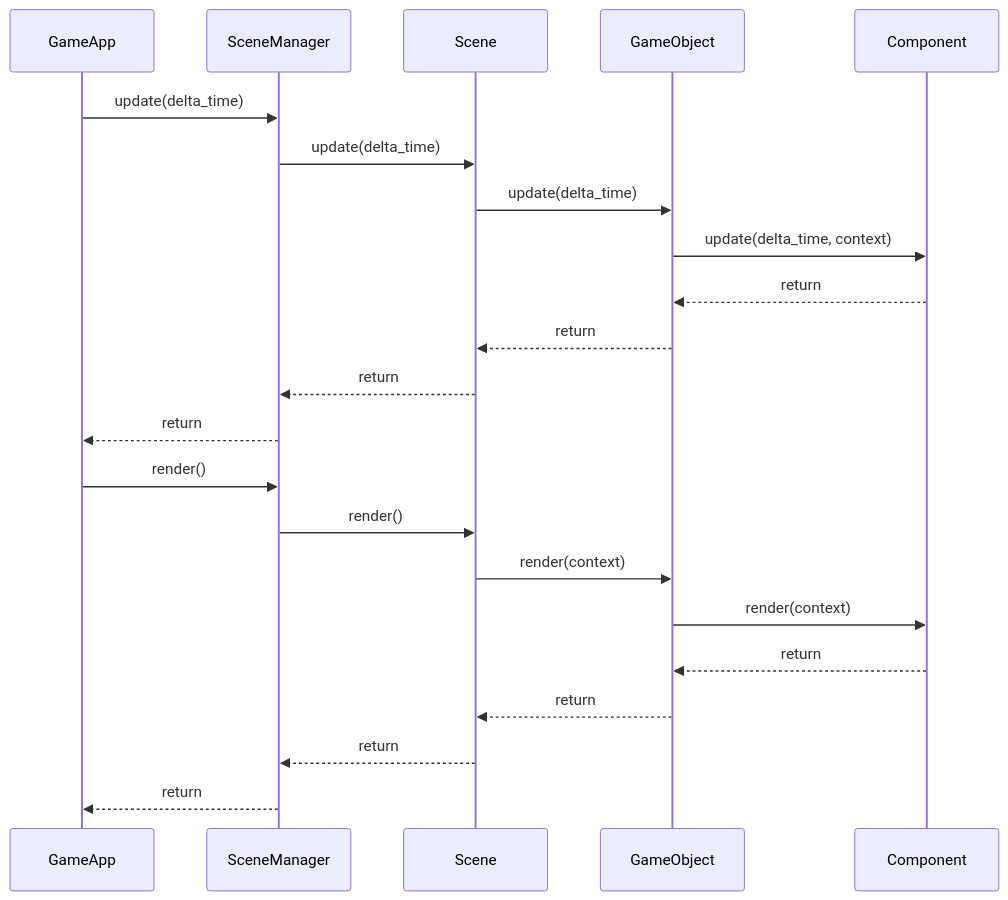
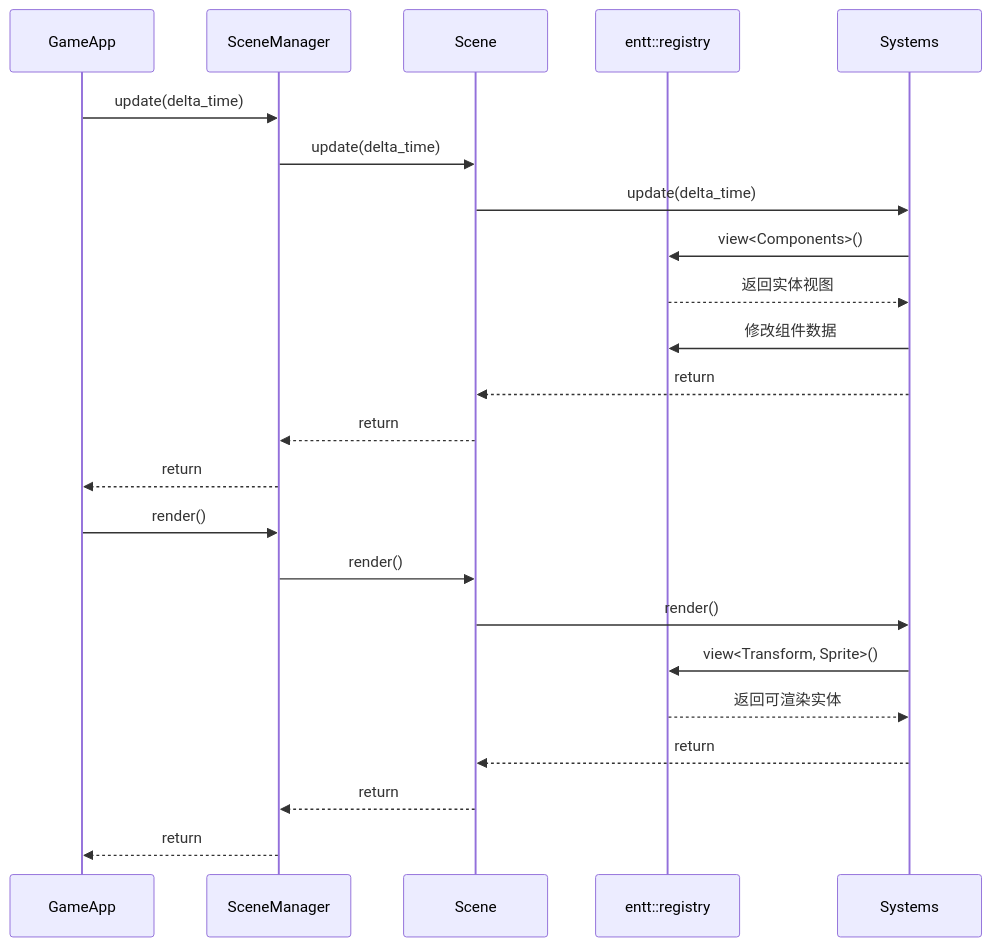
Before and after one commit to hezhangtdzs/MonsterWar: the second of 2 diagrams in doc/README.md, drawn with Mermaid. The commit also changed other lines of this file and 98 other files, not shown here.

````diff
--- a/doc/README.md
+++ b/doc/README.md
@@ -177,26 +249,27 @@
 ```mermaid
 sequenceDiagram
     participant Main as GameApp
     participant SM as SceneManager
     participant Scene as Scene
-    participant GO as GameObject
-    participant Comp as Component
+    participant Registry as entt::registry
+    participant System as Systems
 
     Main->>SM: update(delta_time)
     SM->>Scene: update(delta_time)
-    Scene->>GO: update(delta_time)
-    GO->>Comp: update(delta_time, context)
-    Comp-->>GO: return
-    GO-->>Scene: return
+    Scene->>System: update(delta_time)
+    System->>Registry: view<Components>()
+    Registry-->>System: 返回实体视图
+    System->>Registry: 修改组件数据
+    System-->>Scene: return
     Scene-->>SM: return
     SM-->>Main: return
 
     Main->>SM: render()
     SM->>Scene: render()
-    Scene->>GO: render(context)
-    GO->>Comp: render(context)
-    Comp-->>GO: return
-    GO-->>Scene: return
+    Scene->>System: render()
+    System->>Registry: view<Transform, Sprite>()
+    Registry-->>System: 返回可渲染实体
+    System-->>Scene: return
     Scene-->>SM: return
     SM-->>Main: return
 ```
````
